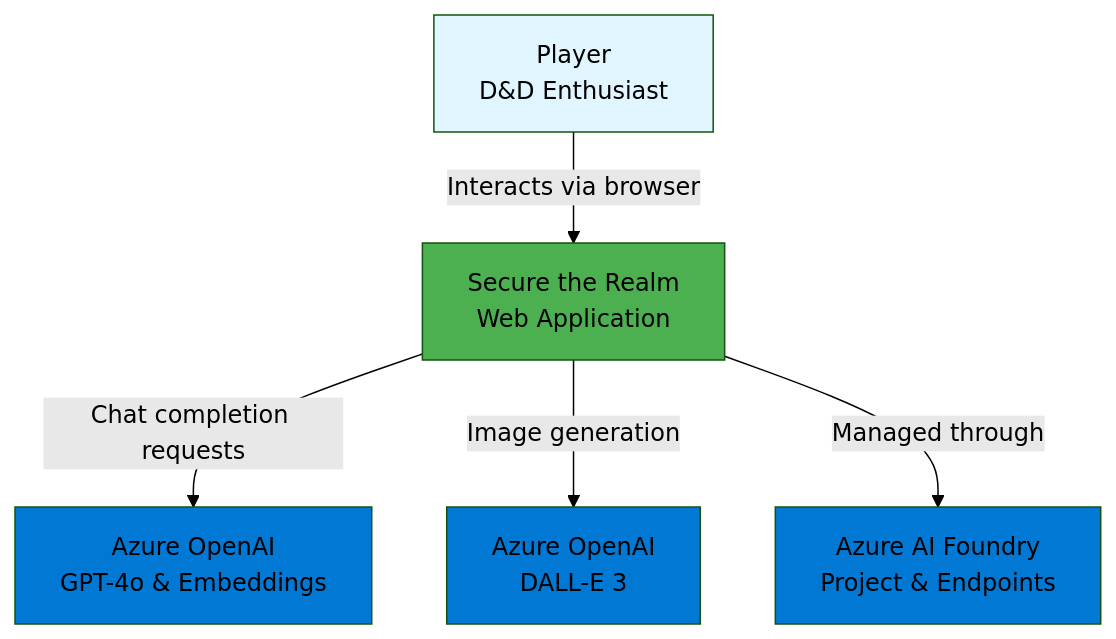
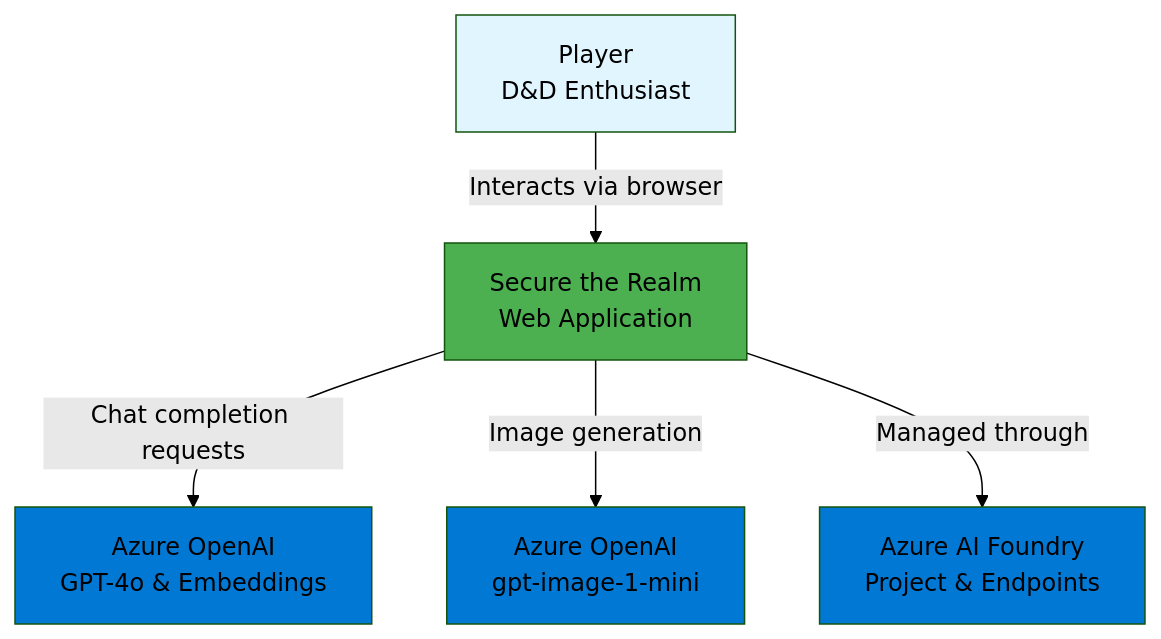
Before and after one commit to SecuringTheRealm/str-agentic-adventures: the first of 16 diagrams in docs/architecture.md, drawn with Mermaid (forest theme). The commit also changed other lines of this file and 17 other files, not shown here.

First line of the commit message:
fix: migrate from retired DALL-E 3 to gpt-image-1-mini (closes #408)

````diff
--- a/docs/architecture.md
+++ b/docs/architecture.md
@@ -59,19 +59,19 @@
 ```mermaid
 graph TB
     Player[Player<br/>D&D Enthusiast]
     WebApp[Secure the Realm<br/>Web Application]
     AzureOpenAI[Azure OpenAI<br/>GPT-4o & Embeddings]
-    DallE[Azure OpenAI<br/>DALL-E 3]
+    DallE[Azure OpenAI<br/>gpt-image-1-mini]
     AzureAI[Azure AI Foundry<br/>Project & Endpoints]
 
     Player -->|Interacts via browser| WebApp
     WebApp -->|Chat completion requests| AzureOpenAI
     WebApp -->|Image generation| DallE
     WebApp -->|Managed through| AzureAI
 
     style Player fill:#e1f5ff
     style WebApp fill:#4CAF50
     style AzureOpenAI fill:#0078D4
     style DallE fill:#0078D4
     style AzureAI fill:#0078D4
 ```
````
